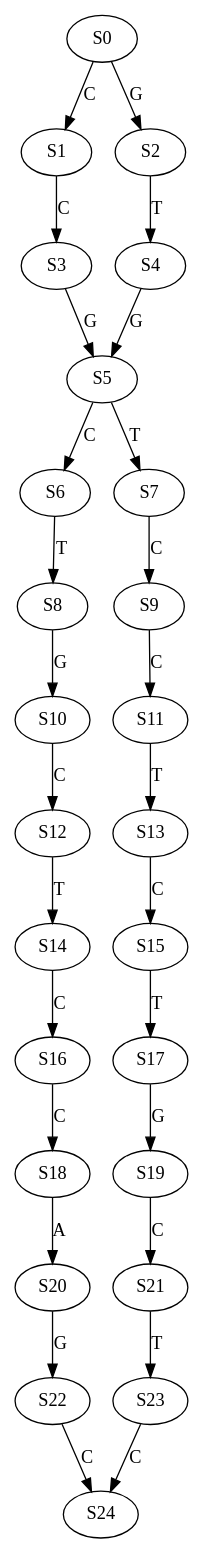
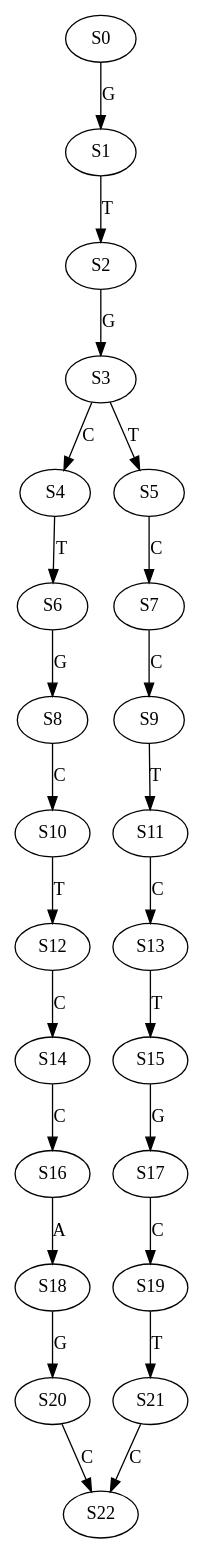
One commit to Kuanhao-Chao/Wheeler_Graph_Toolkit changed the diagram in data/graph/GT_vs_WGT/RevDetG_DNA/Human_SHLD2_orthologues_DNA_l_14_a_4.dot. Above: the diagram before and after it, drawn with Graphviz. The commit also changed 11978 other files, not shown here.

Commit message:
Update data/graph/

```diff
--- a/data/graph/GT_vs_WGT/RevDetG_DNA/Human_SHLD2_orthologues_DNA_l_14_a_4.dot
+++ b/data/graph/GT_vs_WGT/RevDetG_DNA/Human_SHLD2_orthologues_DNA_l_14_a_4.dot
@@ -1,28 +1,25 @@
 strict digraph  {
-	S0 -> S1 [ label = C ];
-	S0 -> S2 [ label = G ];
-	S1 -> S3 [ label = C ];
-	S2 -> S4 [ label = T ];
-	S3 -> S5 [ label = G ];
-	S4 -> S5 [ label = G ];
-	S5 -> S6 [ label = C ];
-	S5 -> S7 [ label = T ];
-	S6 -> S8 [ label = T ];
+	S0 -> S1 [ label = G ];
+	S1 -> S2 [ label = T ];
+	S2 -> S3 [ label = G ];
+	S3 -> S4 [ label = C ];
+	S3 -> S5 [ label = T ];
+	S4 -> S6 [ label = T ];
+	S5 -> S7 [ label = C ];
+	S6 -> S8 [ label = G ];
 	S7 -> S9 [ label = C ];
-	S8 -> S10 [ label = G ];
-	S9 -> S11 [ label = C ];
-	S10 -> S12 [ label = C ];
-	S11 -> S13 [ label = T ];
-	S12 -> S14 [ label = T ];
-	S13 -> S15 [ label = C ];
+	S8 -> S10 [ label = C ];
+	S9 -> S11 [ label = T ];
+	S10 -> S12 [ label = T ];
+	S11 -> S13 [ label = C ];
+	S12 -> S14 [ label = C ];
+	S13 -> S15 [ label = T ];
 	S14 -> S16 [ label = C ];
-	S15 -> S17 [ label = T ];
-	S16 -> S18 [ label = C ];
-	S17 -> S19 [ label = G ];
-	S18 -> S20 [ label = A ];
-	S19 -> S21 [ label = C ];
-	S20 -> S22 [ label = G ];
-	S21 -> S23 [ label = T ];
-	S22 -> S24 [ label = C ];
-	S23 -> S24 [ label = C ];
+	S15 -> S17 [ label = G ];
+	S16 -> S18 [ label = A ];
+	S17 -> S19 [ label = C ];
+	S18 -> S20 [ label = G ];
+	S19 -> S21 [ label = T ];
+	S20 -> S22 [ label = C ];
+	S21 -> S22 [ label = C ];
 }
```
